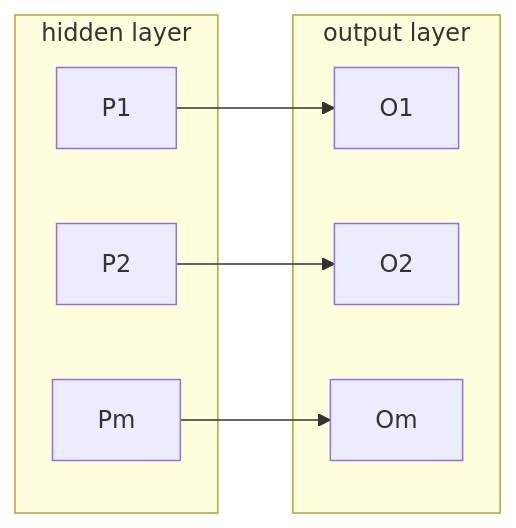
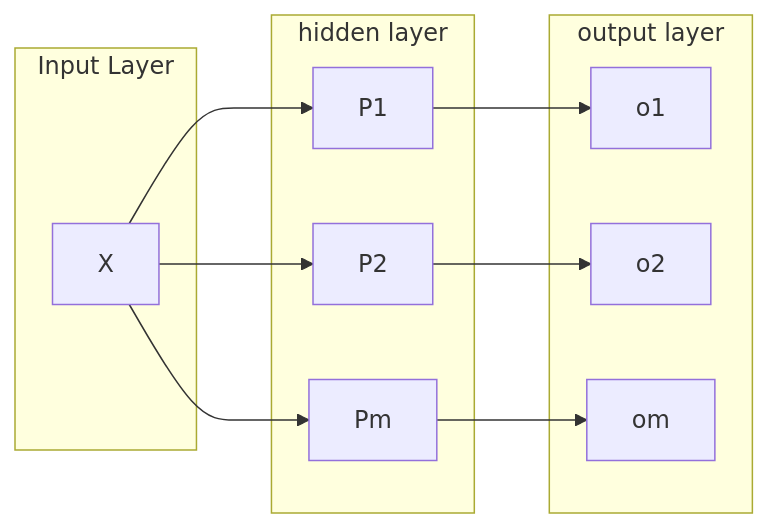
One commit to elaplas/autograd changed the fourth of 5 diagrams in README.md. Above: the diagram before and after it, drawn with Mermaid. The commit also changed other lines of this file and 3 other files, not shown here.

````diff
--- a/README.md
+++ b/README.md
@@ -64,18 +64,27 @@
 ```mermaid
 graph LR;
+
+    subgraph Input Layer
+        X1[X]
+    end
+
     subgraph hidden layer
         P1[P1]
         P2[P2]
         Pm[Pm]
     end
 
     subgraph output layer
-        O1[O1]
-        O2[O2]
-        Om[Om]
+        O1[o1]
+        O2[o2]
+        Om[om]
     end
+
+    X1 --> P1
+    X1 --> P2
+    X1 --> Pm
 
     P1 --> O1
     P2 --> O2
     Pm --> Om
 ```
````
